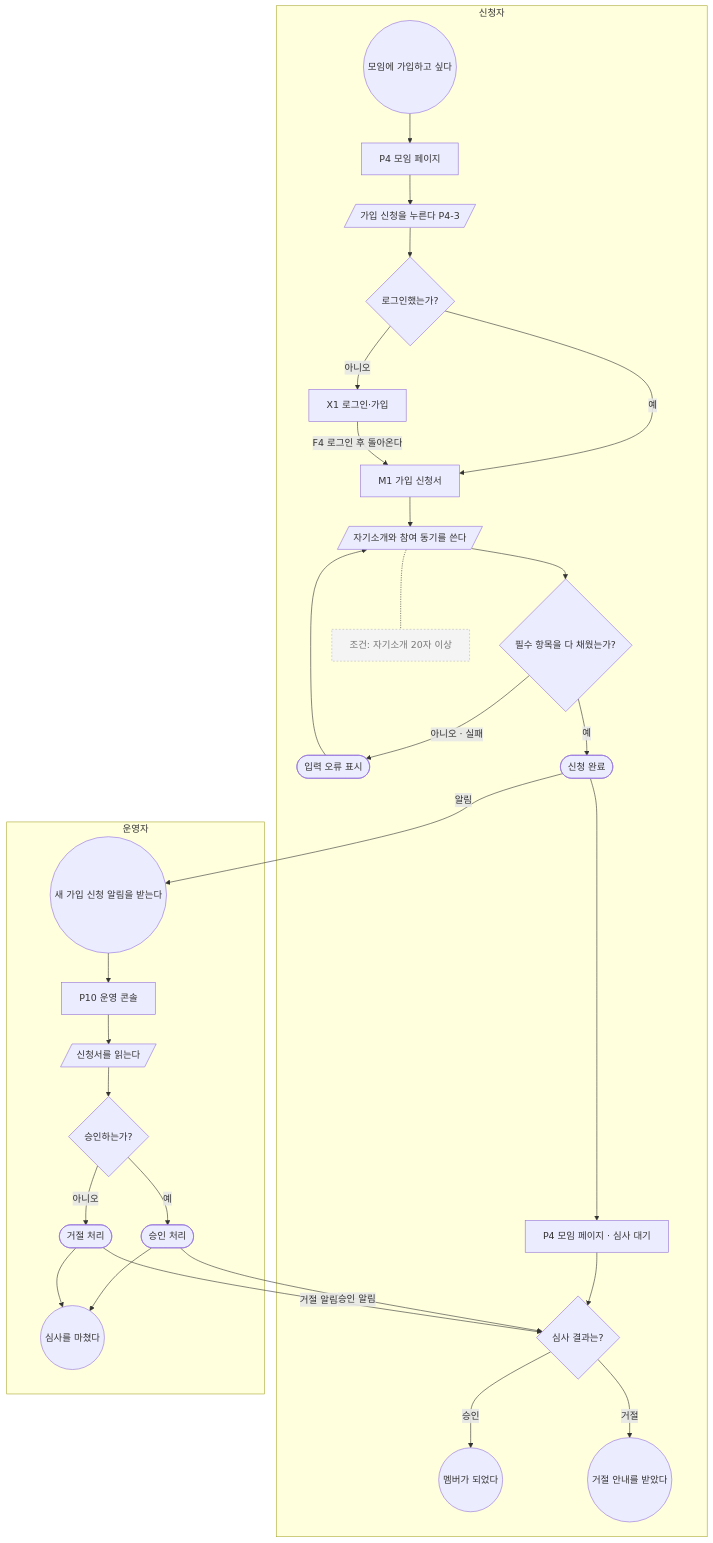
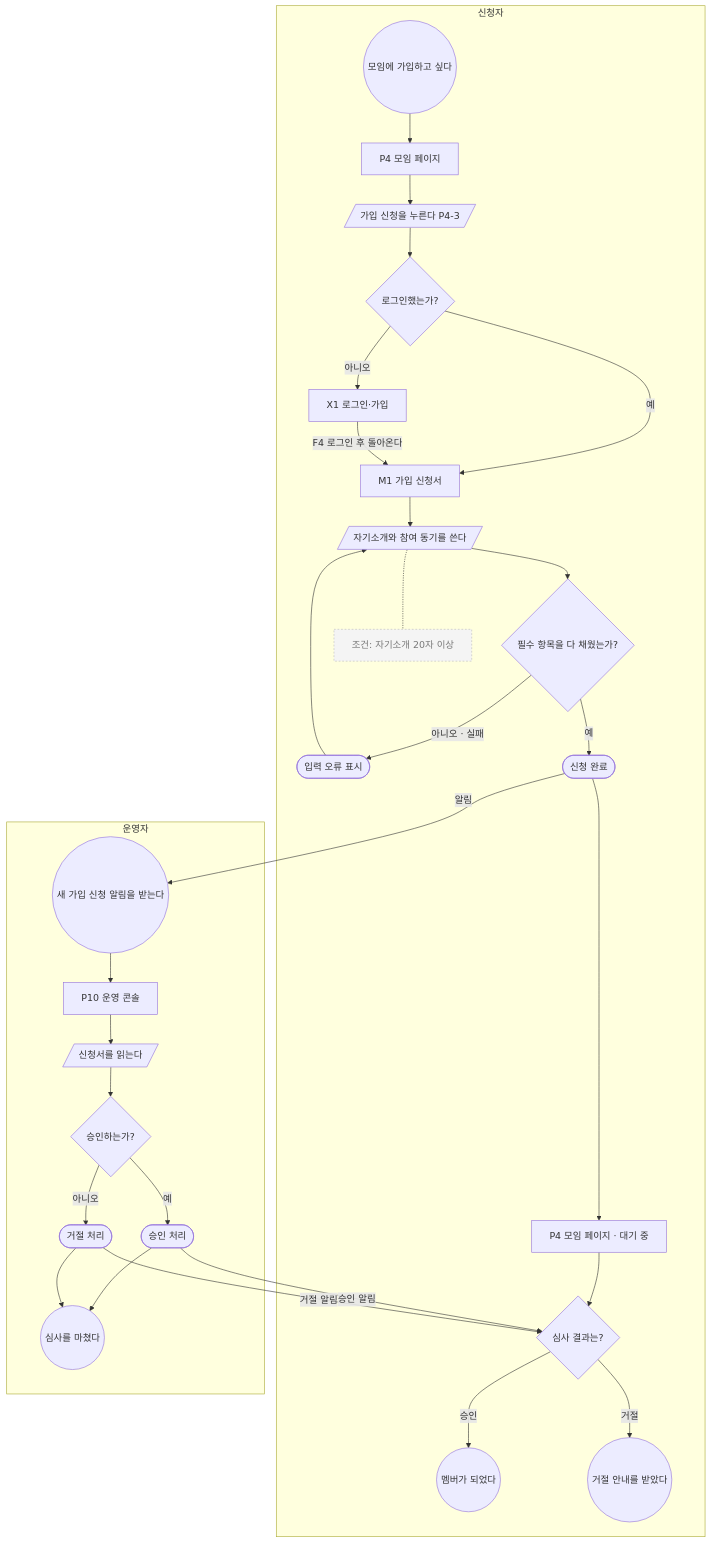
Before and after one commit to dkGithup2022/dk-discovery-bundle: the diagram in project_discovery/references/user-flow-guide.md, drawn with Mermaid. The commit also changed other lines of this file and 2 other files, not shown here.

First line of the commit message:
fix(user-flow): 흐름 그림의 " · " 뒤에는 여섯 가지 상태 이름만 — 가이드 예시 맞춤

````diff
--- a/project_discovery/references/user-flow-guide.md
+++ b/project_discovery/references/user-flow-guide.md
@@ -191,46 +191,46 @@
 ```mermaid
 flowchart TD
     subgraph A[신청자]
         A0((모임에 가입하고 싶다))
         A1[P4 모임 페이지]
         A2[/가입 신청을 누른다 P4-3/]
         A3{로그인했는가?}
         A4[X1 로그인·가입]
         A5[M1 가입 신청서]
         A6[/자기소개와 참여 동기를 쓴다/]
         A7{필수 항목을 다 채웠는가?}
         A8([입력 오류 표시])
         A9([신청 완료])
-        A10[P4 모임 페이지 · 심사 대기]
+        A10[P4 모임 페이지 · 대기 중]
         A13{심사 결과는?}
         A11((멤버가 되었다))
         A12((거절 안내를 받았다))
         N1[조건: 자기소개 20자 이상]:::note
     end
     subgraph B[운영자]
         B0((새 가입 신청 알림을 받는다))
         B1[P10 운영 콘솔]
         B2[/신청서를 읽는다/]
         B3{승인하는가?}
         B4([승인 처리])
         B5([거절 처리])
         B6((심사를 마쳤다))
     end
     A0 --> A1 --> A2 --> A3
     A3 -- 예 --> A5
     A3 -- 아니오 --> A4 -- F4 로그인 후 돌아온다 --> A5
     A5 --> A6 --> A7
     A6 -.- N1
     A7 -- 예 --> A9 --> A10
     A7 -- 아니오 · 실패 --> A8 --> A6
     A9 -- 알림 --> B0
     B0 --> B1 --> B2 --> B3
     B3 -- 예 --> B4 --> B6
     B3 -- 아니오 --> B5 --> B6
     A10 --> A13
     A13 -- 승인 --> A11
     A13 -- 거절 --> A12
     B4 -- 승인 알림 --> A13
     B5 -- 거절 알림 --> A13
     classDef note fill:#f4f4f4,stroke:#bbb,color:#777,stroke-dasharray:3 3
 ```
````
